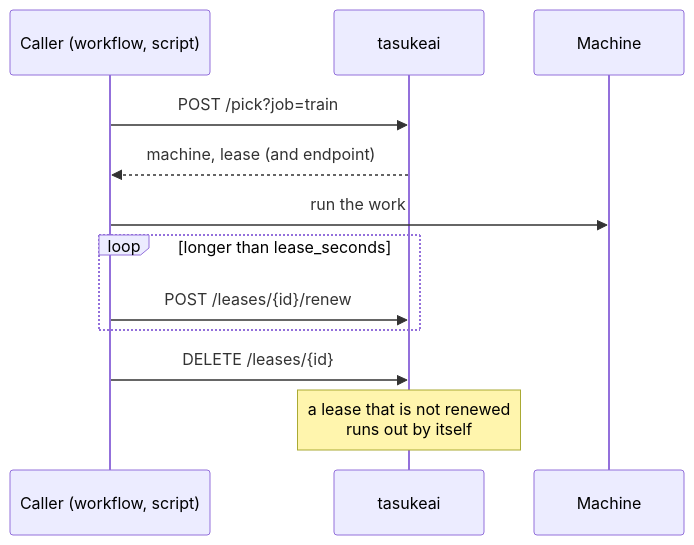
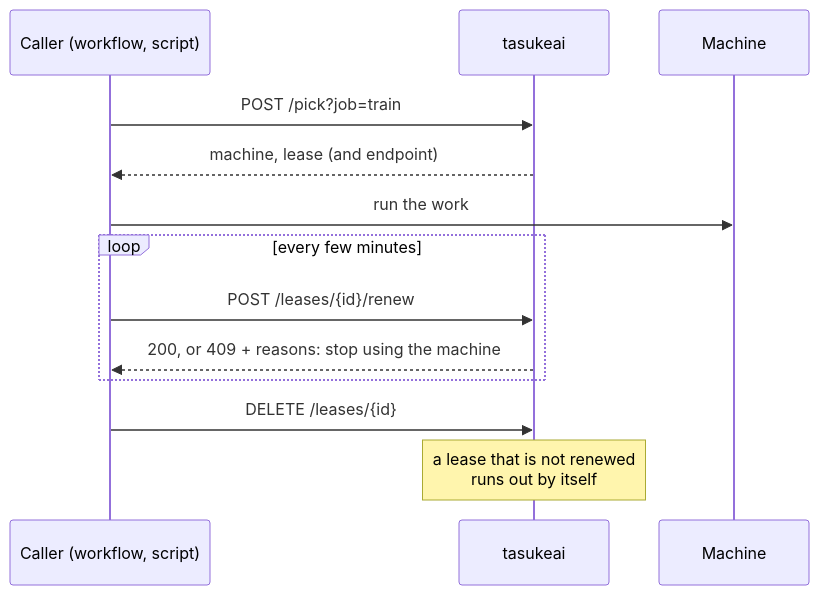
The diagram in docs/api.md (otaqq/tasukeai), drawn with Mermaid before and after one commit. The commit also changed other lines of this file and 9 other files, not shown here.

First line of the commit message:
feat: renew assesses the machine again and revokes the lease, v0.7.0

````diff
--- a/docs/api.md
+++ b/docs/api.md
@@ -30,14 +36,15 @@
 ```mermaid
 sequenceDiagram
     participant W as Caller (workflow, script)
     participant T as tasukeai
     participant M as Machine
     W->>T: POST /pick?job=train
     T-->>W: machine, lease (and endpoint)
     W->>M: run the work
-    loop longer than lease_seconds
+    loop every few minutes
         W->>T: POST /leases/{id}/renew
+        T-->>W: 200, or 409 + reasons: stop using the machine
     end
     W->>T: DELETE /leases/{id}
     Note over T: a lease that is not renewed<br/>runs out by itself
 ```
````
